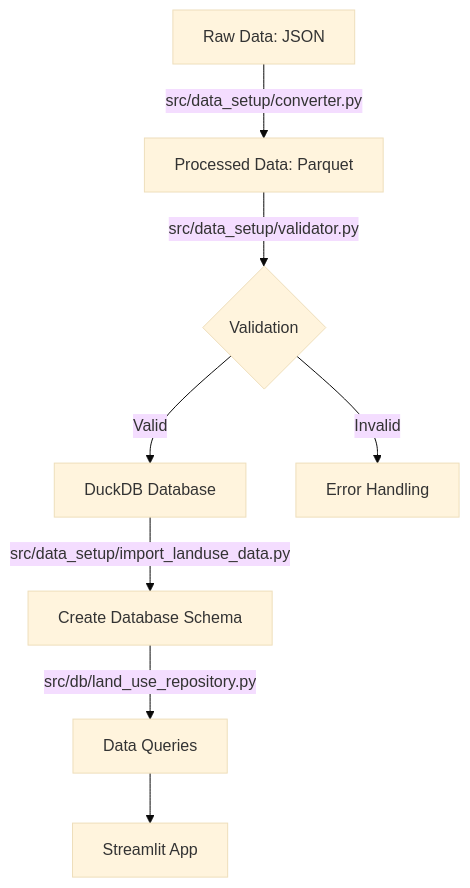
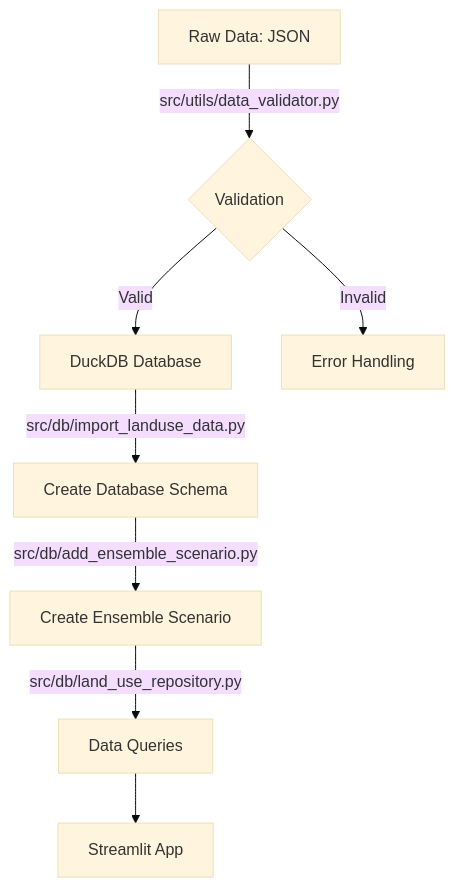
Before and after one commit to mihiarc/rpa-landuse-viewer: the first of 3 diagrams in README.md, drawn with Mermaid (base theme). The commit also changed other lines of this file and 15 other files, not shown here.

````diff
--- a/README.md
+++ b/README.md
@@ -69,10 +68,10 @@
 ```mermaid
 flowchart TD
-    A[Raw Data: JSON] -->|src/data_setup/converter.py| B[Processed Data: Parquet]
-    B -->|src/data_setup/validator.py| C{Validation}
-    C -->|Valid| D[DuckDB Database]
-    C -->|Invalid| E[Error Handling]
-    D -->|src/data_setup/import_landuse_data.py| F[Create Database Schema]
+    A[Raw Data: JSON] -->|src/utils/data_validator.py| B{Validation}
+    B -->|Valid| C[DuckDB Database]
+    B -->|Invalid| D[Error Handling]
+    C -->|src/db/import_landuse_data.py| E[Create Database Schema]
+    E -->|src/db/add_ensemble_scenario.py| F[Create Ensemble Scenario]
     F -->|src/db/land_use_repository.py| G[Data Queries]
     G --> H[Streamlit App]
 ```
````
